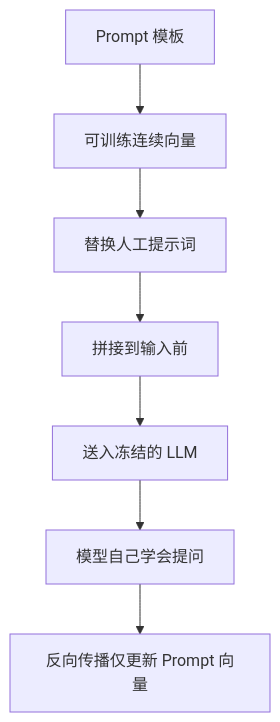
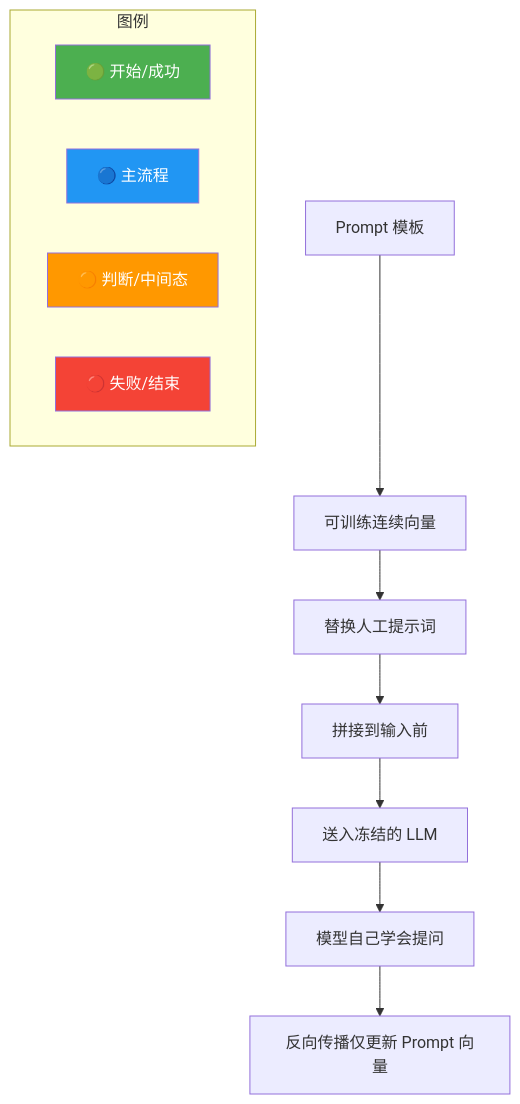
Before and after one commit to SunArthur86/interview-2026: the diagram in questions/llm-core/llm-008.md, drawn with Mermaid. The commit also changed other lines of this file and 3180 other files, not shown here.

First line of the commit message:
Mermaid颜色增强99% + 面试频率分类(高频1571/中频1115/低频461)

````diff
--- a/questions/llm-core/llm-008.md
+++ b/questions/llm-core/llm-008.md
@@ -81,9 +82,30 @@
 ```mermaid
 flowchart TD
+    classDef start fill:#4CAF50,color:#fff
+    classDef process fill:#2196F3,color:#fff
+    classDef decision fill:#FF9800,color:#fff
+    classDef special fill:#9C27B0,color:#fff
+    classDef error fill:#f44336,color:#fff
+    classDef info fill:#607D8B,color:#fff
+    class A start
+    class B process
+    class C decision
+    class D special
+    class E error
+    class F info
+    class G start
+    class LLM process
+    class Prompt decision
     A[Prompt 模板] --> B[可训练连续向量]
     B --> C[替换人工提示词]
     C --> D[拼接到输入前]
     D --> E[送入冻结的 LLM]
     E --> F[模型自己学会提问]
     F --> G[反向传播仅更新 Prompt 向量]
+    subgraph Legend["图例"]
+        L1["🟢 开始/成功"]:::start
+        L2["🔵 主流程"]:::process
+        L3["🟠 判断/中间态"]:::decision
+        L4["🔴 失败/结束"]:::error
+    end
 ```
````
